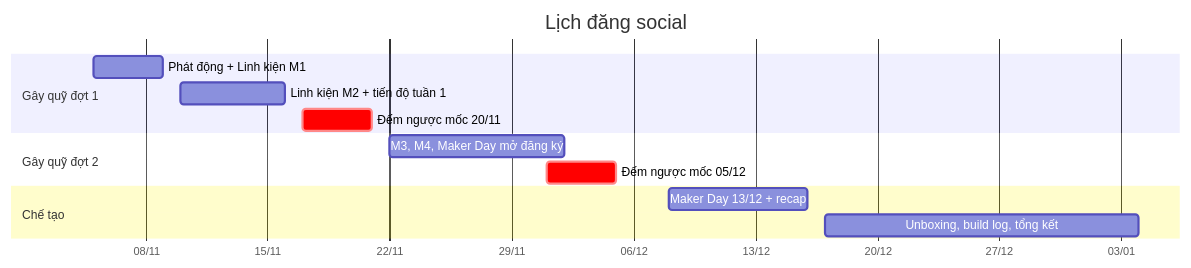
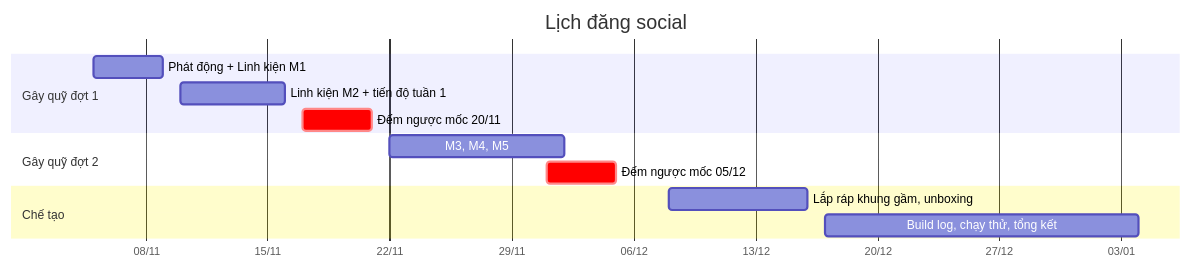
One commit to Minhmice/roboticssocson changed the diagram in docs/campaign-2026-2027/social/02-lich-dang.md. Above: the diagram before and after it, drawn with Mermaid. The commit also changed other lines of this file and 367 other files, not shown here.

````diff
--- a/docs/campaign-2026-2027/social/02-lich-dang.md
+++ b/docs/campaign-2026-2027/social/02-lich-dang.md
@@ -17,16 +17,16 @@
 ```mermaid
 gantt
     title Lịch đăng social
     dateFormat YYYY-MM-DD
     axisFormat %d/%m
     section Gây quỹ đợt 1
     Phát động + Linh kiện M1        :a1, 2026-11-05, 4d
     Linh kiện M2 + tiến độ tuần 1    :a2, 2026-11-10, 6d
     Đếm ngược mốc 20/11              :crit, a3, 2026-11-17, 4d
     section Gây quỹ đợt 2
-    M3, M4, Maker Day mở đăng ký     :b1, 2026-11-22, 10d
+    M3, M4, M5                      :b1, 2026-11-22, 10d
     Đếm ngược mốc 05/12              :crit, b2, 2026-12-01, 4d
     section Chế tạo
-    Maker Day 13/12 + recap          :c1, 2026-12-08, 8d
-    Unboxing, build log, tổng kết    :c2, 2026-12-17, 18d
+    Lắp ráp khung gầm, unboxing      :c1, 2026-12-08, 8d
+    Build log, chạy thử, tổng kết    :c2, 2026-12-17, 18d
 ```
````
